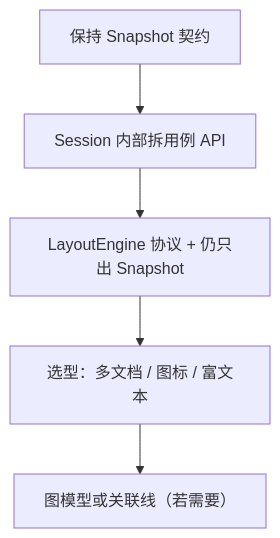
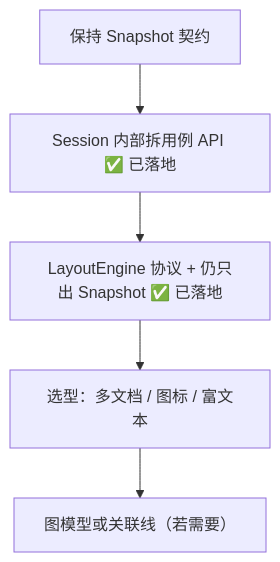
Before and after one commit to LieonShelly/Linva: the sixth of 6 diagrams in docs/架构现状.md, drawn with Mermaid. The commit also changed other lines of this file, not shown here.

Commit message:
docs: 架构现状落档——Session 拆分产物与 LayoutEngine/PersistenceBackend 协议

````diff
--- a/docs/架构现状.md
+++ b/docs/架构现状.md
@@ -424,7 +424,7 @@
 ```mermaid
 flowchart TD
-  A["保持 Snapshot 契约"] --> B["Session 内部拆用例 API"]
-  B --> C["LayoutEngine 协议 + 仍只出 Snapshot"]
+  A["保持 Snapshot 契约"] --> B["Session 内部拆用例 API ✅ 已落地"]
+  B --> C["LayoutEngine 协议 + 仍只出 Snapshot ✅ 已落地"]
   C --> D["选型：多文档 / 图标 / 富文本"]
   D --> E["图模型或关联线（若需要）"]
 ```
````
